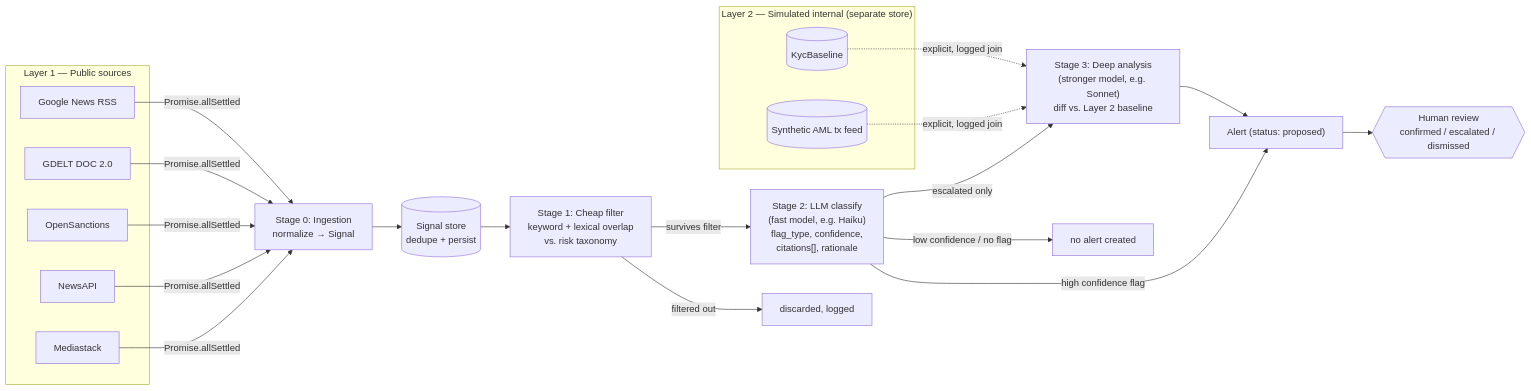
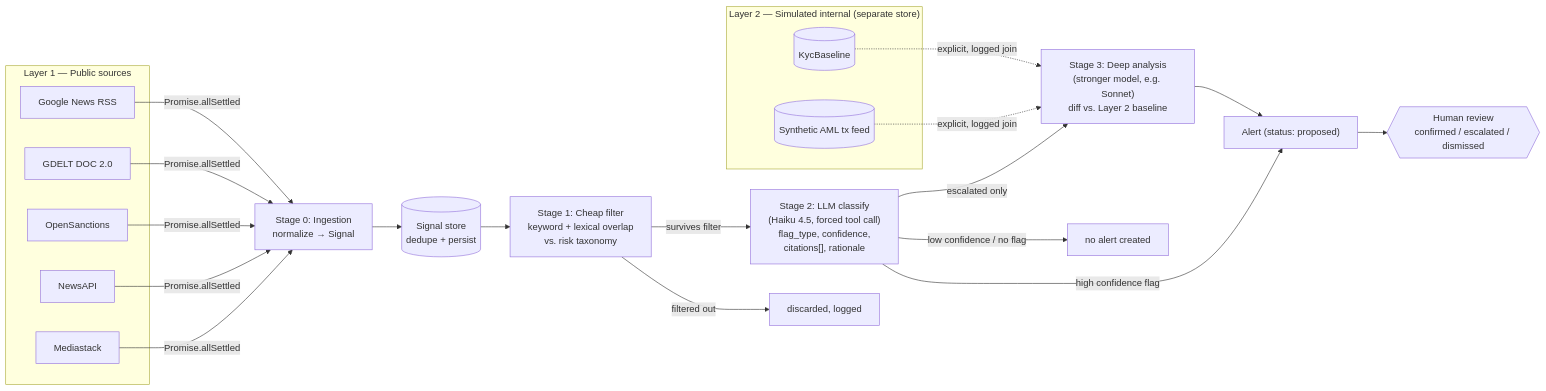
The first of 3 diagrams in src/server/ARCHITECTURE.md (faisalrasbihan/bandarmology), drawn with Mermaid before and after one commit. The commit also changed other lines of this file and 12 other files, not shown here.

````diff
--- a/src/server/ARCHITECTURE.md
+++ b/src/server/ARCHITECTURE.md
@@ -42,29 +42,29 @@
 ```mermaid
 flowchart LR
     subgraph L1["Layer 1 — Public sources"]
         GN[Google News RSS]
         GD[GDELT DOC 2.0]
         OS[OpenSanctions]
         NA[NewsAPI]
         MS[Mediastack]
     end
 
     GN & GD & OS & NA & MS -->|"Promise.allSettled"| ING["Stage 0: Ingestion\nnormalize → Signal"]
     ING --> STORE[("Signal store\ndedupe + persist")]
     STORE --> S1["Stage 1: Cheap filter\nkeyword + lexical overlap\nvs. risk taxonomy"]
-    S1 -->|survives filter| S2["Stage 2: LLM classify\n(fast model, e.g. Haiku)\nflag_type, confidence,\ncitations[], rationale"]
+    S1 -->|survives filter| S2["Stage 2: LLM classify\n(Haiku 4.5, forced tool call)\nflag_type, confidence,\ncitations[], rationale"]
     S1 -->|filtered out| DROP[discarded, logged]
     S2 -->|escalated only| S3["Stage 3: Deep analysis\n(stronger model, e.g. Sonnet)\ndiff vs. Layer 2 baseline"]
     S2 -->|low confidence / no flag| DROP2[no alert created]
     S3 --> ALERT["Alert (status: proposed)"]
     S2 -->|high confidence flag| ALERT
 
     subgraph L2["Layer 2 — Simulated internal (separate store)"]
         KYC[("KycBaseline")]
         TX[("Synthetic AML tx feed")]
     end
     KYC -.->|"explicit, logged join"| S3
     TX -.->|"explicit, logged join"| S3
 
     ALERT --> HUMAN{{"Human review\nconfirmed / escalated / dismissed"}}
 ```
````
